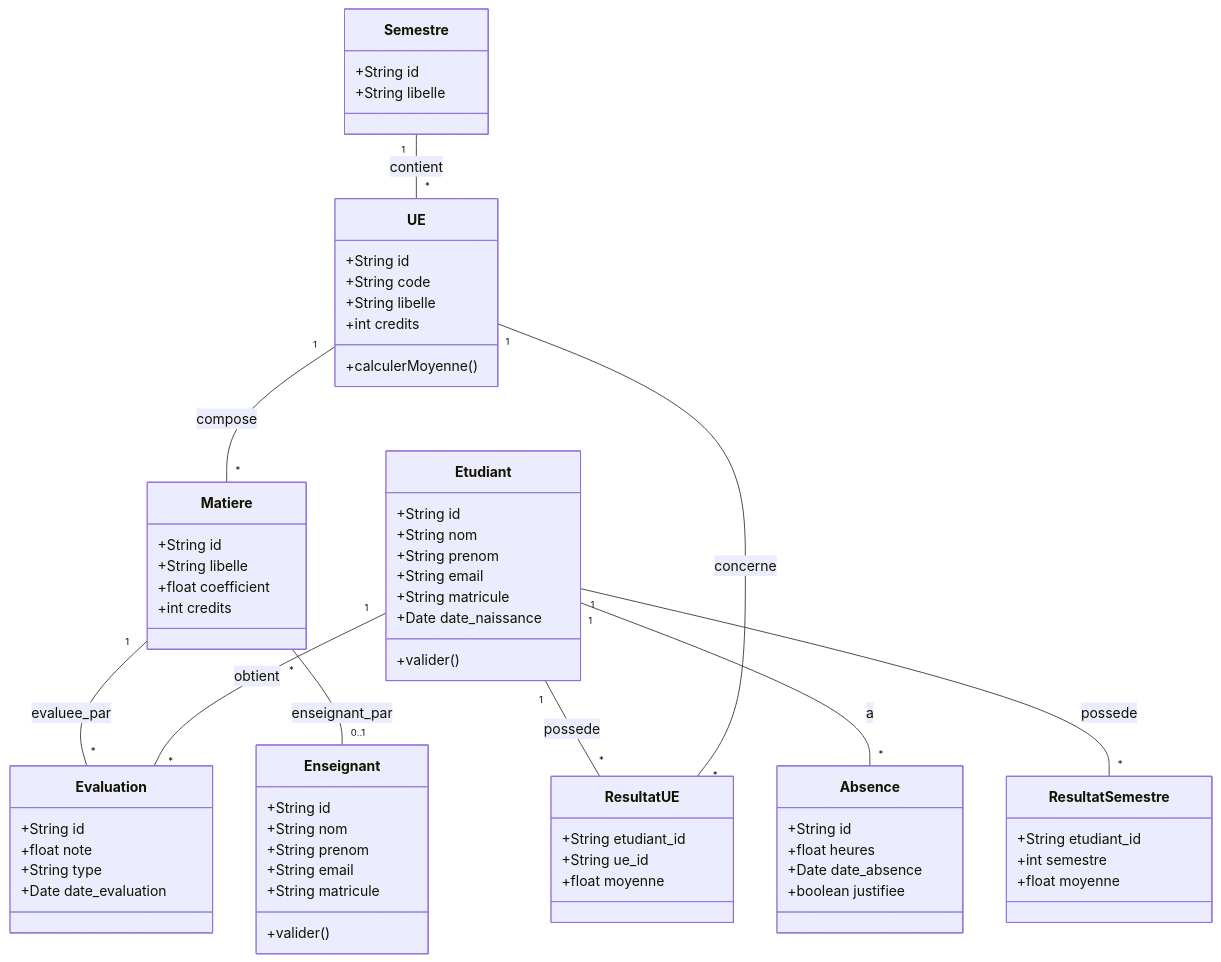
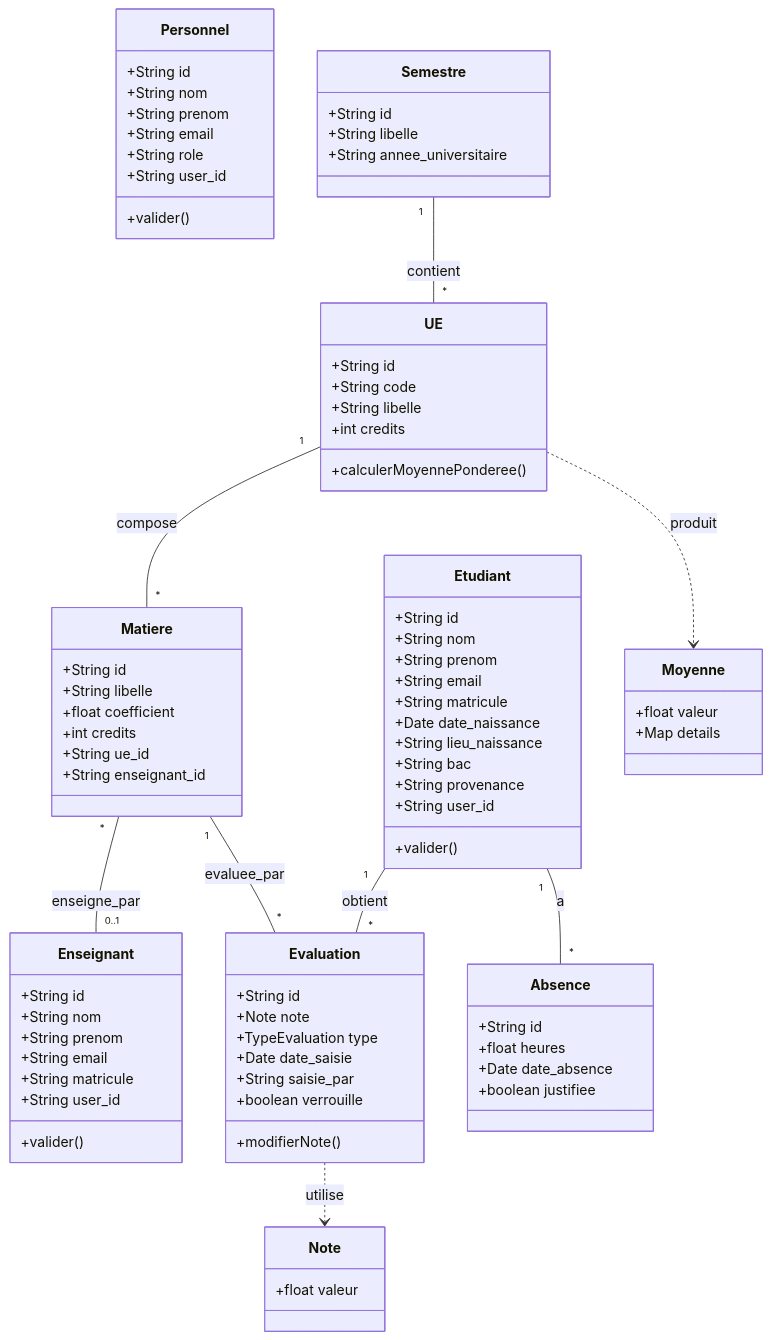
The diagram in docs/uml/class_diagram.md (taigerdev45/bull), drawn with Mermaid before and after one commit. The commit also changed other lines of this file and 21 other files, not shown here.

Commit message:
docs: update class diagrams for backend conformity and merge frontend features from feature_brady

````diff
--- a/docs/uml/class_diagram.md
+++ b/docs/uml/class_diagram.md
@@ -11,6 +11,10 @@
         +String email
         +String matricule
         +Date date_naissance
+        +String lieu_naissance
+        +String bac
+        +String provenance
+        +String user_id
         +valider()
     }
 
@@ -20,12 +24,24 @@
         +String prenom
         +String email
         +String matricule
+        +String user_id
+        +valider()
+    }
+
+    class Personnel {
+        +String id
+        +String nom
+        +String prenom
+        +String email
+        +String role
+        +String user_id
         +valider()
     }
 
     class Semestre {
         +String id
         +String libelle
+        +String annee_universitaire
     }
 
     class UE {
@@ -33,7 +49,7 @@
         +String code
         +String libelle
         +int credits
-        +calculerMoyenne()
+        +calculerMoyennePonderee()
     }
 
     class Matiere {
@@ -41,13 +57,18 @@
         +String libelle
         +float coefficient
         +int credits
+        +String ue_id
+        +String enseignant_id
     }
 
     class Evaluation {
         +String id
-        +float note
-        +String type
-        +Date date_evaluation
+        +Note note
+        +TypeEvaluation type
+        +Date date_saisie
+        +String saisie_par
+        +boolean verrouille
+        +modifierNote()
     }
 
     class Absence {
@@ -57,16 +78,13 @@
         +boolean justifiee
     }
 
-    class ResultatUE {
-        +String etudiant_id
-        +String ue_id
-        +float moyenne
+    class Note {
+        +float valeur
     }
 
-    class ResultatSemestre {
-        +String etudiant_id
-        +int semestre
-        +float moyenne
+    class Moyenne {
+        +float valeur
+        +Map details
     }
 
     Semestre "1" -- "*" UE : contient
@@ -74,9 +92,8 @@
     Matiere "1" -- "*" Evaluation : evaluee_par
     Etudiant "1" -- "*" Evaluation : obtient
     Etudiant "1" -- "*" Absence : a
-    Matiere "*" -- "0..1" Enseignant : enseignant_par
+    Matiere "*" -- "0..1" Enseignant : enseigne_par
     
-    Etudiant "1" -- "*" ResultatUE : possede
-    UE "1" -- "*" ResultatUE : concerne
-    Etudiant "1" -- "*" ResultatSemestre : possede
+    Evaluation ..> Note : utilise
+    UE ..> Moyenne : produit
 ```
````
